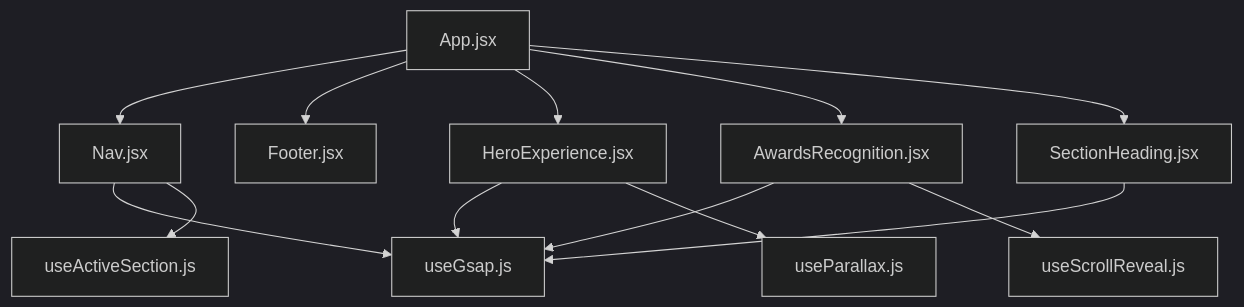
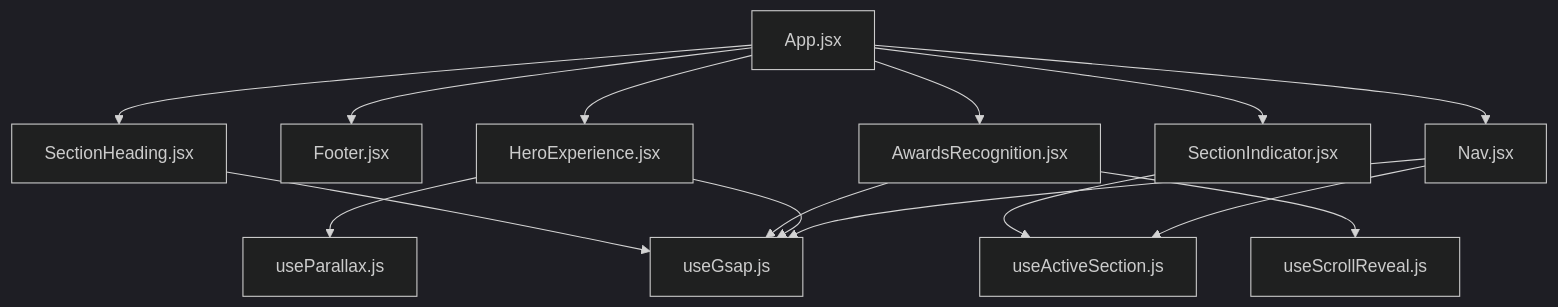
The second of 2 diagrams in .qoder/repowiki/en/content/Frontend Components.md (rakeshmaity271/frankie-picasso), drawn with Mermaid (dark theme) before and after one commit. The commit also changed other lines of this file and 20 other files, not shown here.

````diff
--- a/.qoder/repowiki/en/content/Frontend Components.md
+++ b/.qoder/repowiki/en/content/Frontend Components.md
@@ -114,15 +119,17 @@
 ```mermaid
 graph TD
 App["App.jsx"] --> Nav["Nav.jsx"]
 App --> Footer["Footer.jsx"]
 App --> Hero["HeroExperience.jsx"]
 App --> Awards["AwardsRecognition.jsx"]
+App --> SectionIndicator["SectionIndicator.jsx"]
 App --> SectionHeading["SectionHeading.jsx"]
 Nav --> GSAP["useGsap.js"]
-Nav --> ActiveSection["useActiveSection.js"]
+Nav --> ActiveSectionHook["useActiveSection.js"]
+SectionIndicator --> ActiveSectionHook
 Hero --> GSAP
 Hero --> Parallax["useParallax.js"]
 Awards --> GSAP
 Awards --> ScrollReveal["useScrollReveal.js"]
 SectionHeading --> GSAP
 ```
````
